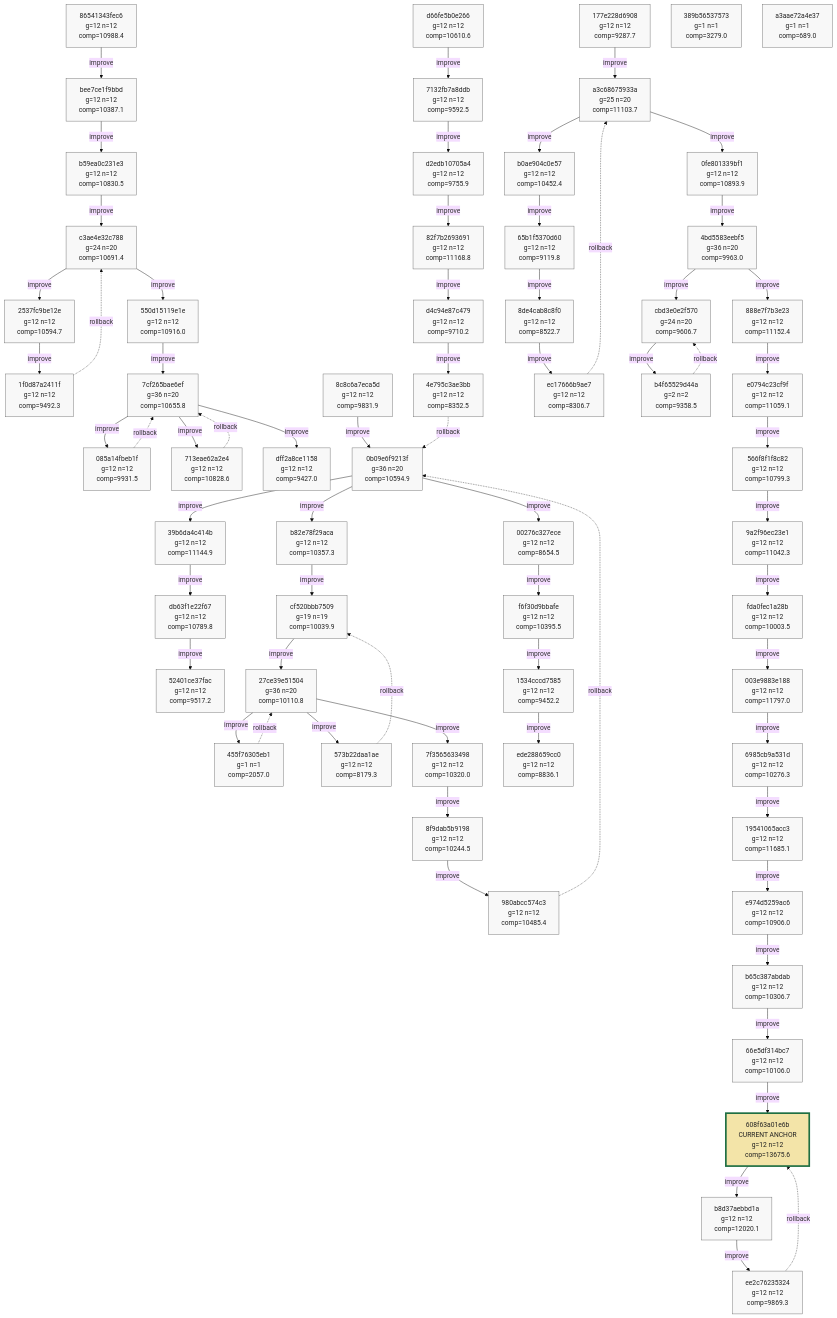
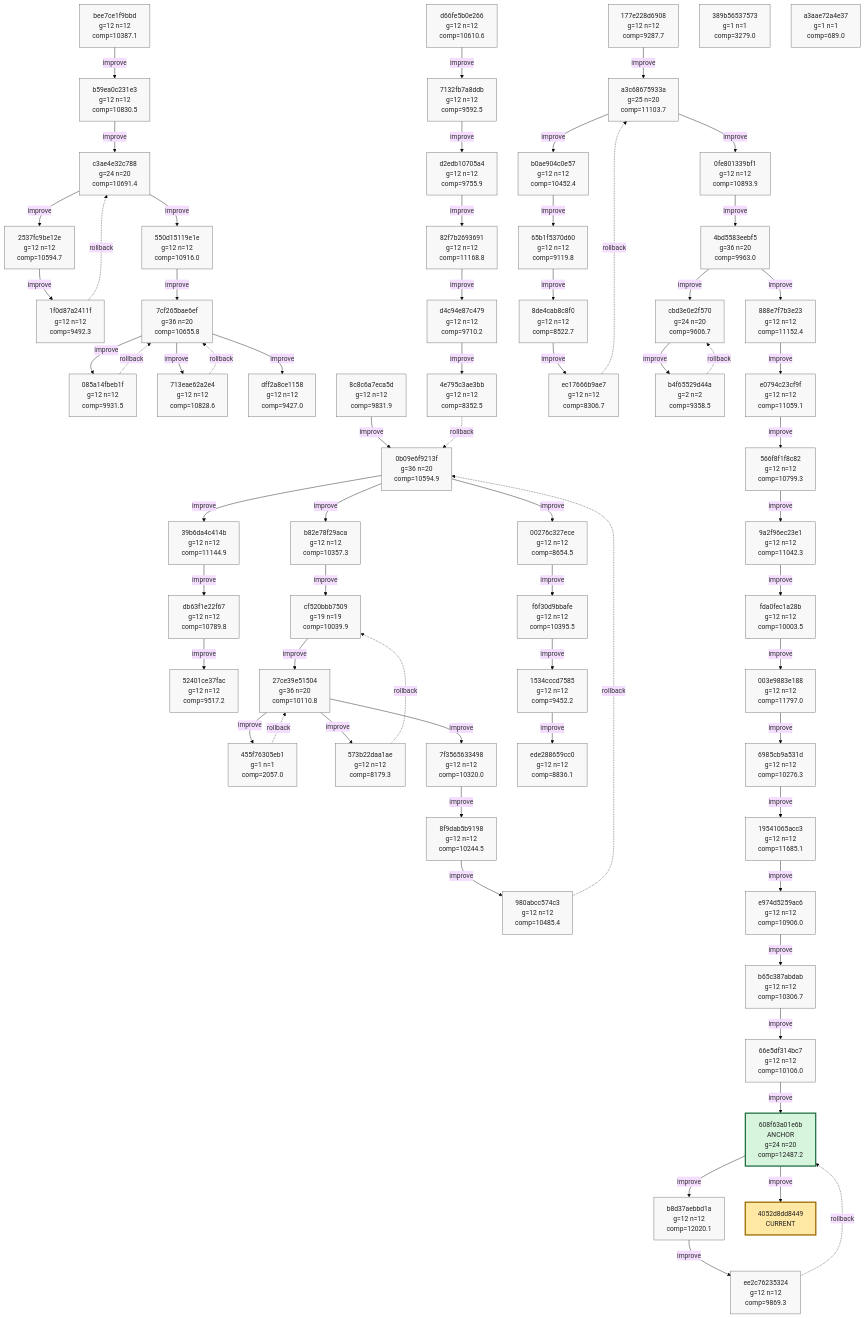
The first of 10 diagrams in phyrogenetic-tree.md (azumag/soviet_now), drawn with Mermaid (base theme) before and after one commit. The commit also changed other lines of this file and 2 other files, not shown here.

Commit message:
eloop Improve after 12 games (scores: 9719 11958 13852 8418 13920 10826 12069 11815 14240 13453 11608 8577)

````diff
--- a/phyrogenetic-tree.md
+++ b/phyrogenetic-tree.md
@@ -16,6 +16,5 @@
 ```mermaid
 flowchart TD
-    h_86541343fec6["86541343fec6<br/>g=12 n=12<br/>comp=10988.4"]
     h_bee7ce1f9bbd["bee7ce1f9bbd<br/>g=12 n=12<br/>comp=10387.1"]
     h_b59ea0c231e3["b59ea0c231e3<br/>g=12 n=12<br/>comp=10830.5"]
     h_c3ae4e32c788["c3ae4e32c788<br/>g=24 n=20<br/>comp=10691.4"]
@@ -70,13 +69,13 @@
     h_e974d5259ac6["e974d5259ac6<br/>g=12 n=12<br/>comp=10906.0"]
     h_b65c387abdab["b65c387abdab<br/>g=12 n=12<br/>comp=10306.7"]
     h_66e5df314bc7["66e5df314bc7<br/>g=12 n=12<br/>comp=10106.0"]
-    h_608f63a01e6b["608f63a01e6b<br/>CURRENT ANCHOR<br/>g=12 n=12<br/>comp=13675.6"]
+    h_608f63a01e6b["608f63a01e6b<br/>ANCHOR<br/>g=24 n=20<br/>comp=12487.2"]
     h_b8d37aebbd1a["b8d37aebbd1a<br/>g=12 n=12<br/>comp=12020.1"]
     h_ee2c76235324["ee2c76235324<br/>g=12 n=12<br/>comp=9869.3"]
     h_389b56537573["389b56537573<br/>g=1 n=1<br/>comp=3279.0"]
     h_a3aae72a4e37["a3aae72a4e37<br/>g=1 n=1<br/>comp=689.0"]
+    h_4052d8dd8449["4052d8dd8449<br/>CURRENT"]
 
-    h_86541343fec6 -->|improve| h_bee7ce1f9bbd
     h_bee7ce1f9bbd -->|improve| h_b59ea0c231e3
     h_b59ea0c231e3 -->|improve| h_c3ae4e32c788
     h_c3ae4e32c788 -->|improve| h_2537fc9be12e
@@ -140,13 +139,13 @@
     h_608f63a01e6b -->|improve| h_b8d37aebbd1a
     h_b8d37aebbd1a -->|improve| h_ee2c76235324
     h_ee2c76235324 -. rollback .-> h_608f63a01e6b
+    h_608f63a01e6b -->|improve| h_4052d8dd8449
 
     classDef plain fill:#f8f8f8,stroke:#666,stroke-width:1px,color:#222;
     classDef current fill:#ffe8a3,stroke:#9a6700,stroke-width:3px,color:#222;
     classDef anchor fill:#d7f5dd,stroke:#1f6f43,stroke-width:3px,color:#222;
     classDef current_anchor fill:#f3e4a8,stroke:#1f6f43,stroke-width:4px,color:#222;
 
-    class h_86541343fec6 plain;
     class h_bee7ce1f9bbd plain;
     class h_b59ea0c231e3 plain;
     class h_c3ae4e32c788 plain;
@@ -201,9 +200,10 @@
     class h_e974d5259ac6 plain;
     class h_b65c387abdab plain;
     class h_66e5df314bc7 plain;
-    class h_608f63a01e6b current_anchor;
+    class h_608f63a01e6b anchor;
     class h_b8d37aebbd1a plain;
     class h_ee2c76235324 plain;
     class h_389b56537573 plain;
     class h_a3aae72a4e37 plain;
+    class h_4052d8dd8449 current;
 ```
````
